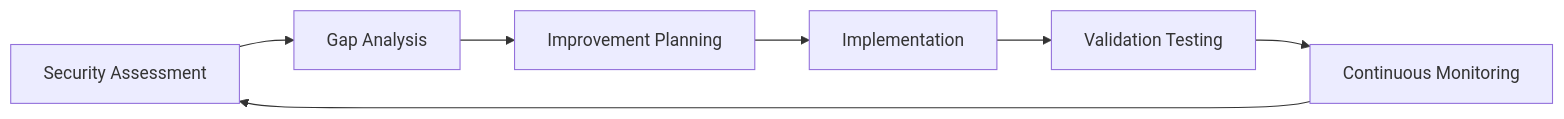
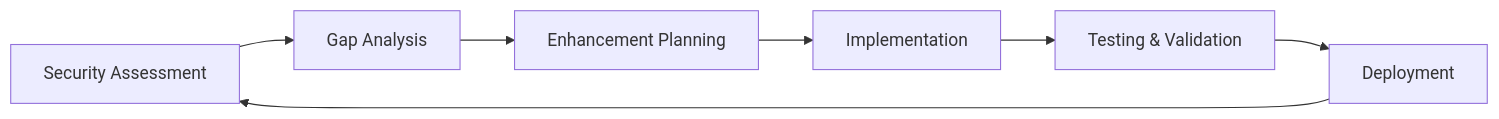
One commit to Vishwa0220/securaa-internal-documents changed the sixth of 6 diagrams in secura-customer-security-documentation.md. Above: the diagram before and after it, drawn with Mermaid. The commit also changed other lines of this file, not shown here.

````diff
--- a/secura-customer-security-documentation.md
+++ b/secura-customer-security-documentation.md
@@ -462,9 +514,9 @@
 ```mermaid
 graph LR
     A[Security Assessment] --> B[Gap Analysis]
-    B --> C[Improvement Planning]
+    B --> C[Enhancement Planning]
     C --> D[Implementation]
-    D --> E[Validation Testing]
-    E --> F[Continuous Monitoring]
+    D --> E[Testing & Validation]
+    E --> F[Deployment]
     F --> A
 ```
````
